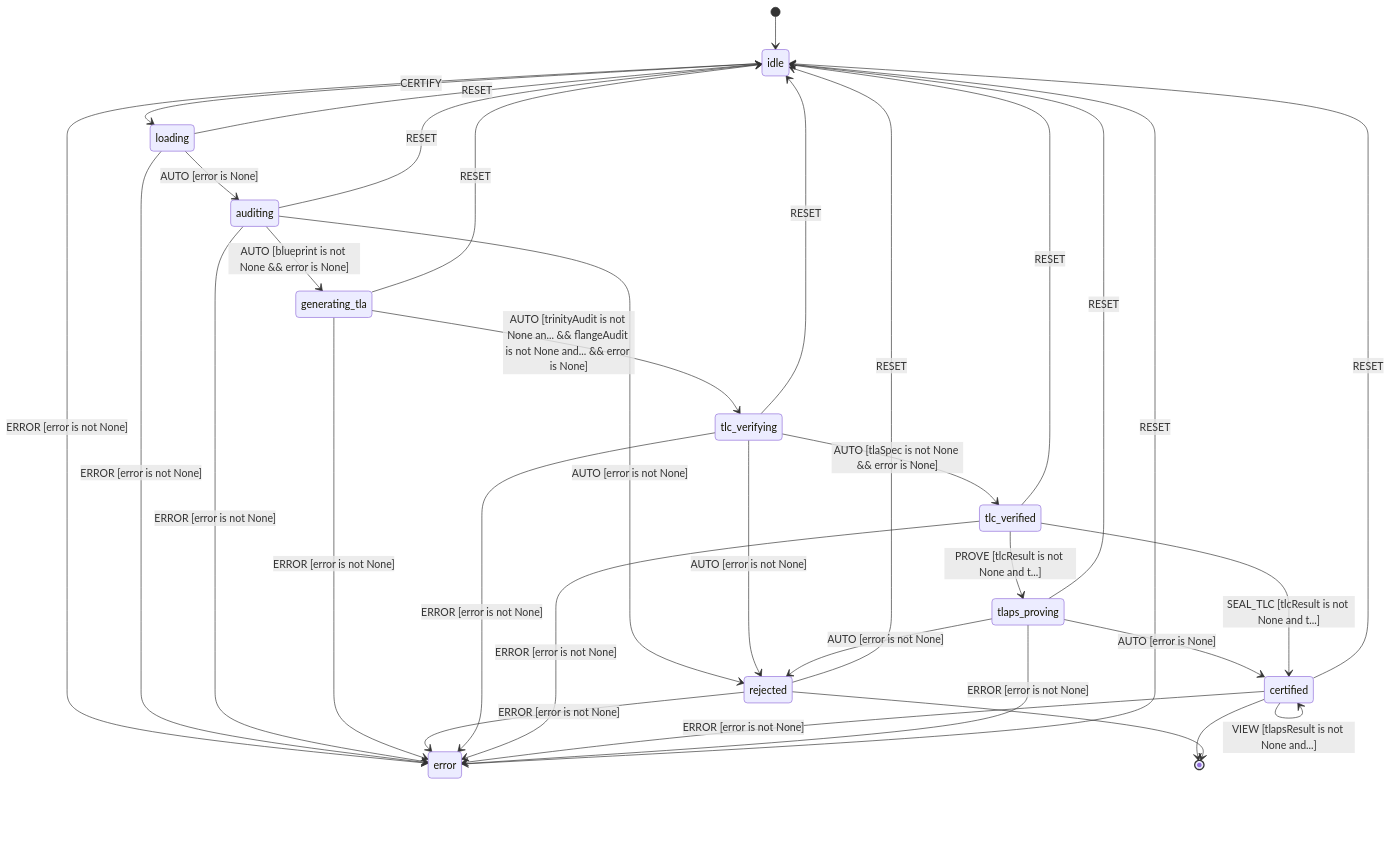
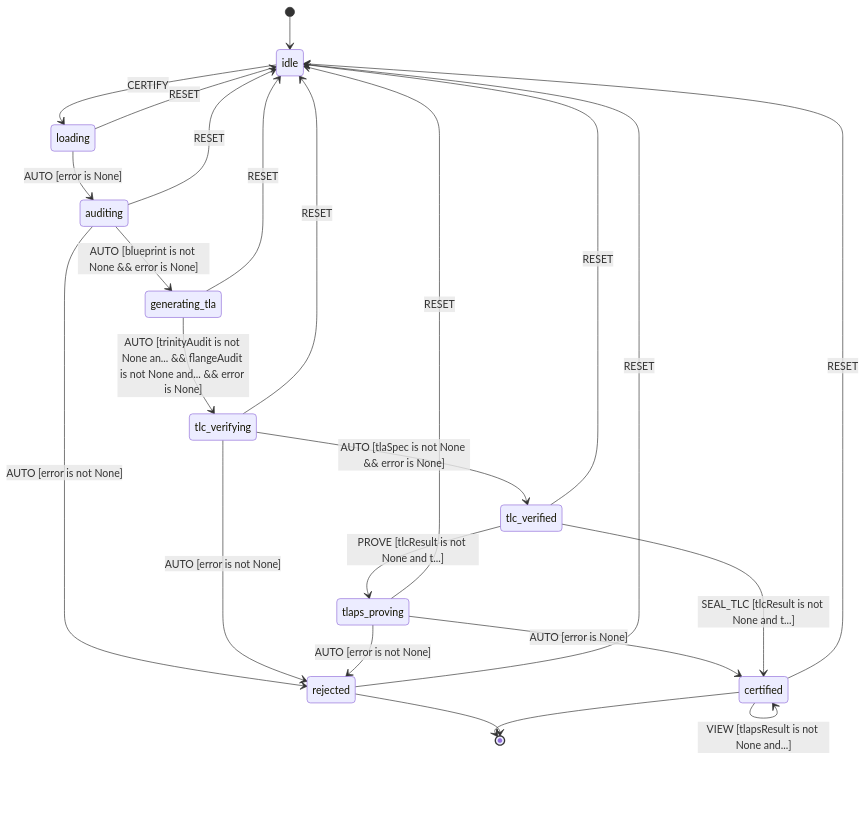
One commit to rhCat/lpp changed the diagram in utils/tlaps_seal/README.md. Above: the diagram before and after it, drawn with Mermaid. The commit also changed 253 other files, not shown here.

````diff
--- a/utils/tlaps_seal/README.md
+++ b/utils/tlaps_seal/README.md
@@ -31,37 +31,27 @@
 ```mermaid
 stateDiagram-v2
     %% L++ State Diagram: TLAPS Seal Certifier
     [*] --> idle
     idle --> loading : CERTIFY
     loading --> auditing : AUTO [error is None]
     auditing --> generating_tla : AUTO [blueprint is not None && error is None]
     generating_tla --> tlc_verifying : AUTO [trinityAudit is not None an... && flangeAudit is not None and... && error is None]
     tlc_verifying --> tlc_verified : AUTO [tlaSpec is not None && error is None]
     tlc_verified --> tlaps_proving : PROVE [tlcResult is not None and t...]
     tlaps_proving --> certified : AUTO [error is None]
     tlc_verified --> certified : SEAL_TLC [tlcResult is not None and t...]
     auditing --> rejected : AUTO [error is not None]
     tlc_verifying --> rejected : AUTO [error is not None]
     tlaps_proving --> rejected : AUTO [error is not None]
-    idle --> error : ERROR [error is not None]
-    loading --> error : ERROR [error is not None]
-    auditing --> error : ERROR [error is not None]
-    generating_tla --> error : ERROR [error is not None]
-    rejected --> error : ERROR [error is not None]
-    tlc_verifying --> error : ERROR [error is not None]
-    tlc_verified --> error : ERROR [error is not None]
-    certified --> error : ERROR [error is not None]
-    tlaps_proving --> error : ERROR [error is not None]
-    error --> idle : RESET
     loading --> idle : RESET
     auditing --> idle : RESET
     generating_tla --> idle : RESET
     rejected --> idle : RESET
     tlc_verifying --> idle : RESET
     tlc_verified --> idle : RESET
     certified --> idle : RESET
     tlaps_proving --> idle : RESET
     certified --> certified : VIEW [tlapsResult is not None and...]
     certified --> [*]
     rejected --> [*]
 ```
````
